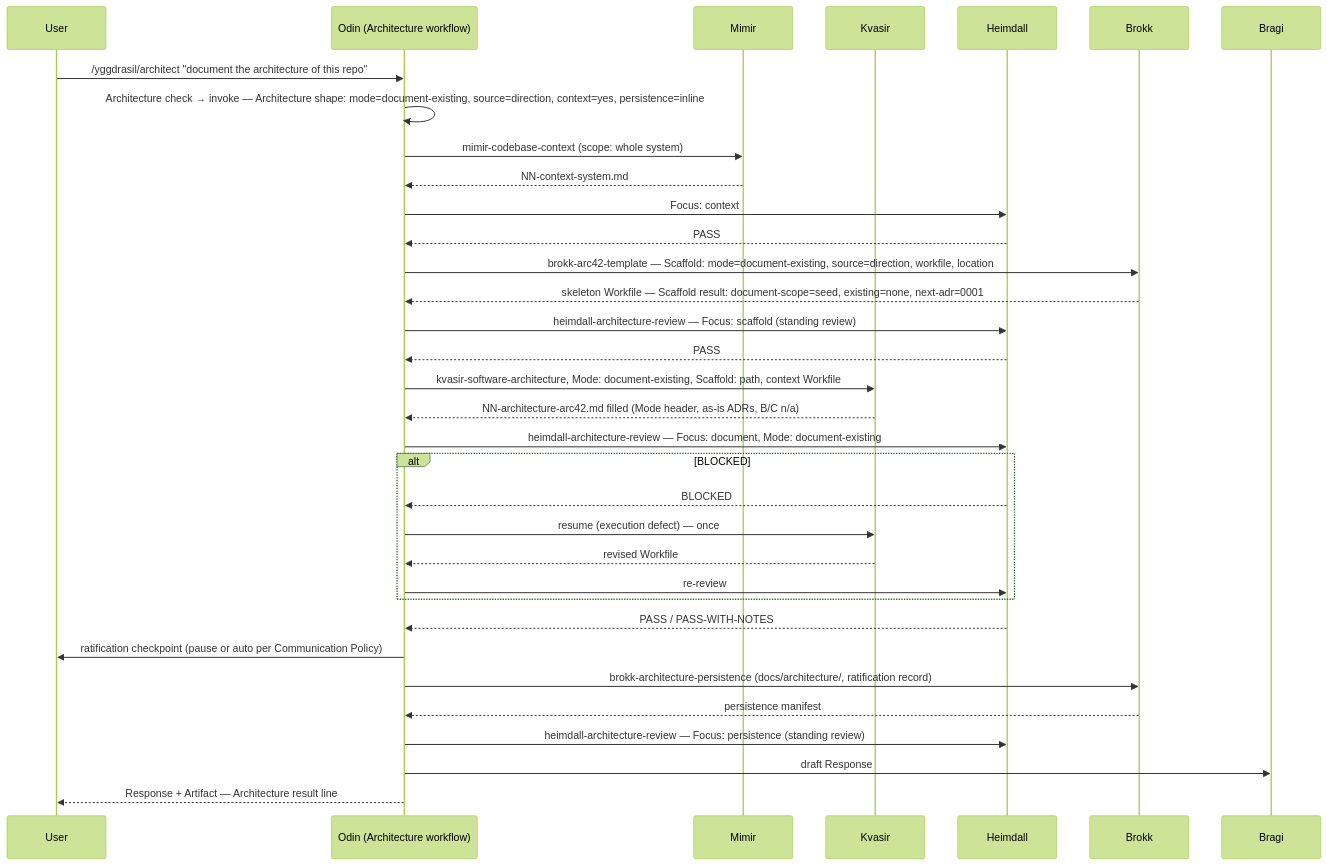
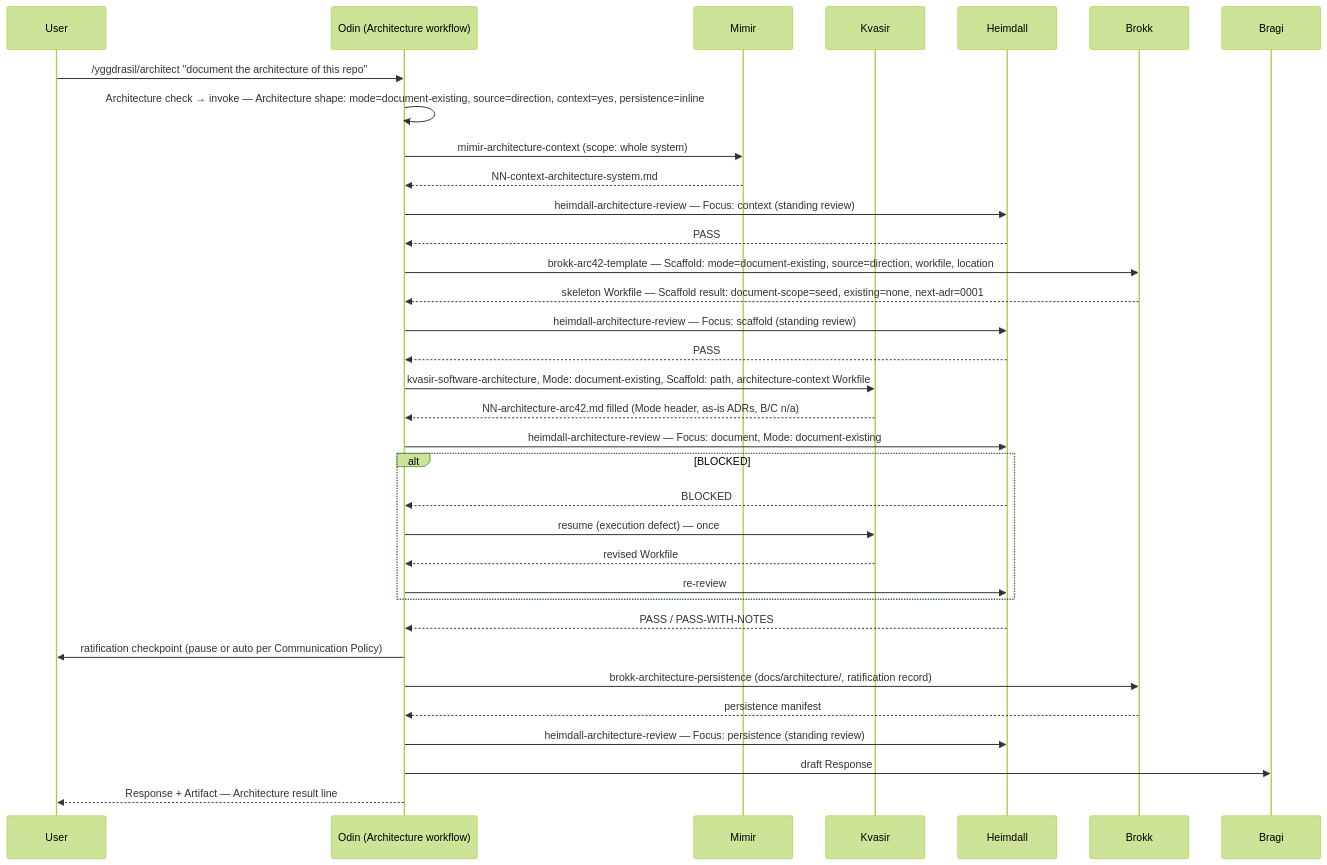
The first of 2 diagrams in docs/architecture/06-runtime-view.md (nstucki/yggdrasil), drawn with Mermaid (forest theme) before and after one commit. The commit also changed other lines of this file and 15 other files, not shown here.

First line of the commit message:
docs: persist Revision 4 of the arc42 architecture as an update delta

````diff
--- a/docs/architecture/06-runtime-view.md
+++ b/docs/architecture/06-runtime-view.md
@@ -7,36 +7,36 @@
 ```mermaid
 sequenceDiagram
   participant U as User
   participant O as Odin (Architecture workflow)
   participant M as Mimir
   participant K as Kvasir
   participant H as Heimdall
   participant B as Brokk
   participant G as Bragi
   U->>O: /yggdrasil/architect "document the architecture of this repo"
   O->>O: Architecture check → invoke — Architecture shape: mode=document-existing, source=direction, context=yes, persistence=inline
-  O->>M: mimir-codebase-context (scope: whole system)
-  M-->>O: NN-context-system.md
-  O->>H: Focus: context
+  O->>M: mimir-architecture-context (scope: whole system)
+  M-->>O: NN-context-architecture-system.md
+  O->>H: heimdall-architecture-review — Focus: context (standing review)
   H-->>O: PASS
   O->>B: brokk-arc42-template — Scaffold: mode=document-existing, source=direction, workfile, location
   B-->>O: skeleton Workfile — Scaffold result: document-scope=seed, existing=none, next-adr=0001
   O->>H: heimdall-architecture-review — Focus: scaffold (standing review)
   H-->>O: PASS
-  O->>K: kvasir-software-architecture, Mode: document-existing, Scaffold: path, context Workfile
+  O->>K: kvasir-software-architecture, Mode: document-existing, Scaffold: path, architecture-context Workfile
   K-->>O: NN-architecture-arc42.md filled (Mode header, as-is ADRs, B/C n/a)
   O->>H: heimdall-architecture-review — Focus: document, Mode: document-existing
   alt BLOCKED
     H-->>O: BLOCKED
     O->>K: resume (execution defect) — once
     K-->>O: revised Workfile
     O->>H: re-review
   end
   H-->>O: PASS / PASS-WITH-NOTES
   O->>U: ratification checkpoint (pause or auto per Communication Policy)
   O->>B: brokk-architecture-persistence (docs/architecture/, ratification record)
   B-->>O: persistence manifest
   O->>H: heimdall-architecture-review — Focus: persistence (standing review)
   O->>G: draft Response
   O-->>U: Response + Artifact — Architecture result line
 ```
````
